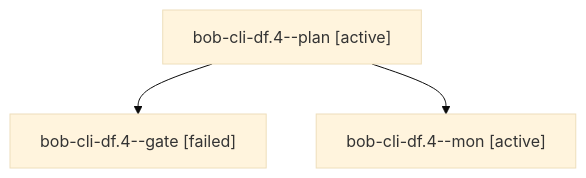
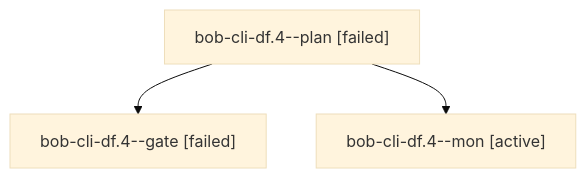
The diagram in sessions/bbugyi200.athena.bob-cli-df.4.md (bobs-org/bob-cli--agents), drawn with Mermaid (base theme) before and after one commit. The commit also changed other lines of this file and 14 other files, not shown here.

````diff
--- a/sessions/bbugyi200.athena.bob-cli-df.4.md
+++ b/sessions/bbugyi200.athena.bob-cli-df.4.md
@@ -9,8 +9,8 @@
 ```mermaid
 flowchart TD
-  n0["bob-cli-df.4--plan [active]"]
+  n0["bob-cli-df.4--plan [failed]"]
   n1["bob-cli-df.4--gate [failed]"]
   n0 --> n1
   n2["bob-cli-df.4--mon [active]"]
   n0 --> n2
 ```
````
